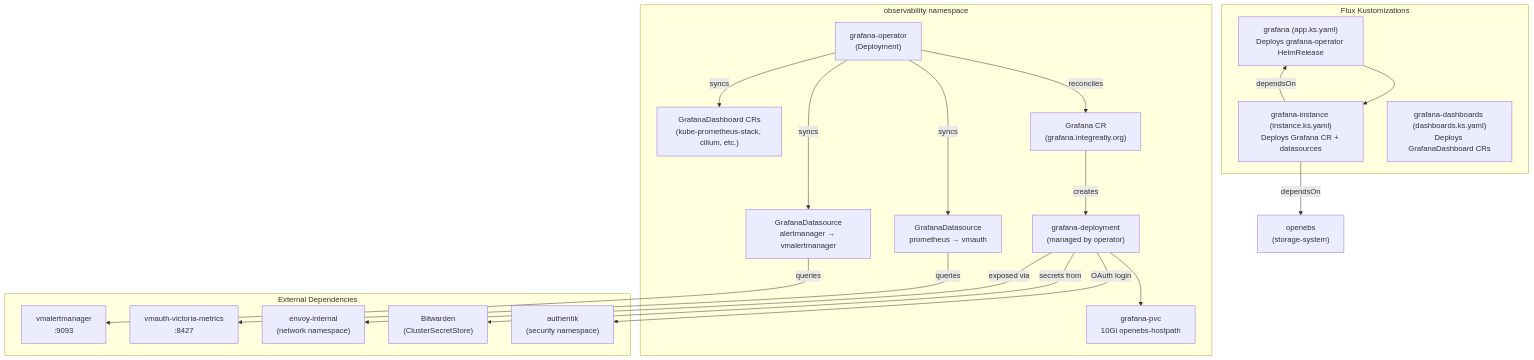
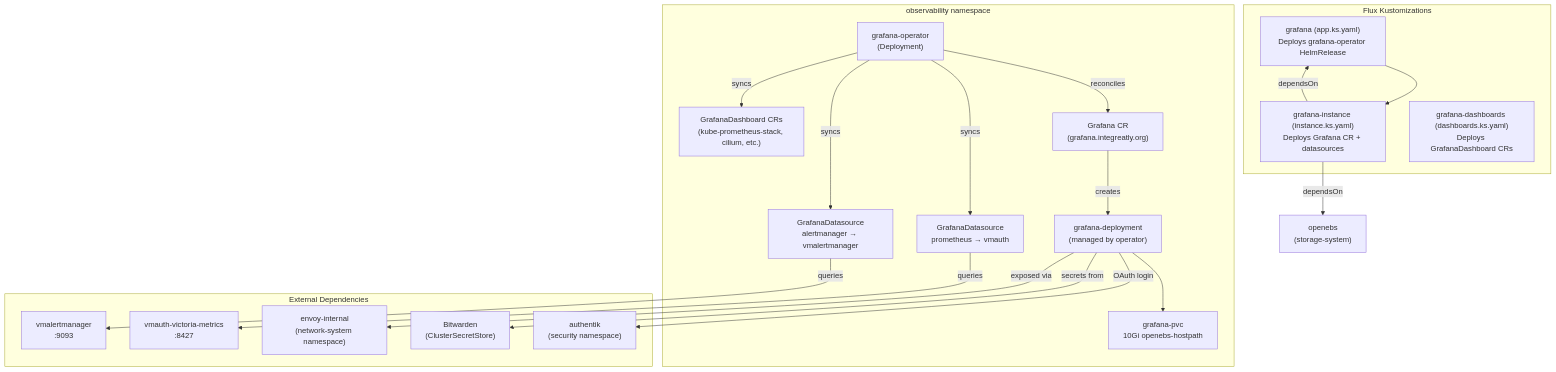
One commit to equinoxel/home-ops changed the first of 2 diagrams in kubernetes/apps/observability/grafana/README.md. Above: the diagram before and after it, drawn with Mermaid. The commit also changed other lines of this file and 143 other files, not shown here.

First line of the commit message:
refactor(network): rename apps/network to network-system and rebuild namespaces

````diff
--- a/kubernetes/apps/observability/grafana/README.md
+++ b/kubernetes/apps/observability/grafana/README.md
@@ -7,43 +7,43 @@
 ```mermaid
 graph TD
     subgraph "Flux Kustomizations"
         KS_APP["grafana (app.ks.yaml)<br/>Deploys grafana-operator HelmRelease"]
         KS_INSTANCE["grafana-instance (instance.ks.yaml)<br/>Deploys Grafana CR + datasources"]
         KS_DASHBOARDS["grafana-dashboards (dashboards.ks.yaml)<br/>Deploys GrafanaDashboard CRs"]
     end
 
     KS_APP --> KS_INSTANCE
     KS_INSTANCE -->|dependsOn| KS_APP
     KS_INSTANCE -->|dependsOn| OPENEBS["openebs<br/>(storage-system)"]
 
     subgraph "observability namespace"
         OPERATOR["grafana-operator<br/>(Deployment)"]
         GRAFANA_CR["Grafana CR<br/>(grafana.integreatly.org)"]
         GRAFANA_POD["grafana-deployment<br/>(managed by operator)"]
         DS_PROM["GrafanaDatasource<br/>prometheus → vmauth"]
         DS_AM["GrafanaDatasource<br/>alertmanager → vmalertmanager"]
         DASHBOARDS["GrafanaDashboard CRs<br/>(kube-prometheus-stack, cilium, etc.)"]
         PVC["grafana-pvc<br/>10Gi openebs-hostpath"]
     end
 
     OPERATOR -->|reconciles| GRAFANA_CR
     GRAFANA_CR -->|creates| GRAFANA_POD
     GRAFANA_POD --> PVC
     OPERATOR -->|syncs| DS_PROM
     OPERATOR -->|syncs| DS_AM
     OPERATOR -->|syncs| DASHBOARDS
 
     subgraph "External Dependencies"
         AUTHENTIK["authentik<br/>(security namespace)"]
         VMAUTH["vmauth-victoria-metrics<br/>:8427"]
         VMALERT["vmalertmanager<br/>:9093"]
         BITWARDEN["Bitwarden<br/>(ClusterSecretStore)"]
-        ENVOY["envoy-internal<br/>(network namespace)"]
+        ENVOY["envoy-internal<br/>(network-system namespace)"]
     end
 
     GRAFANA_POD -->|OAuth login| AUTHENTIK
     DS_PROM -->|queries| VMAUTH
     DS_AM -->|queries| VMALERT
     GRAFANA_POD -->|secrets from| BITWARDEN
     GRAFANA_POD -->|exposed via| ENVOY
 ```
````
